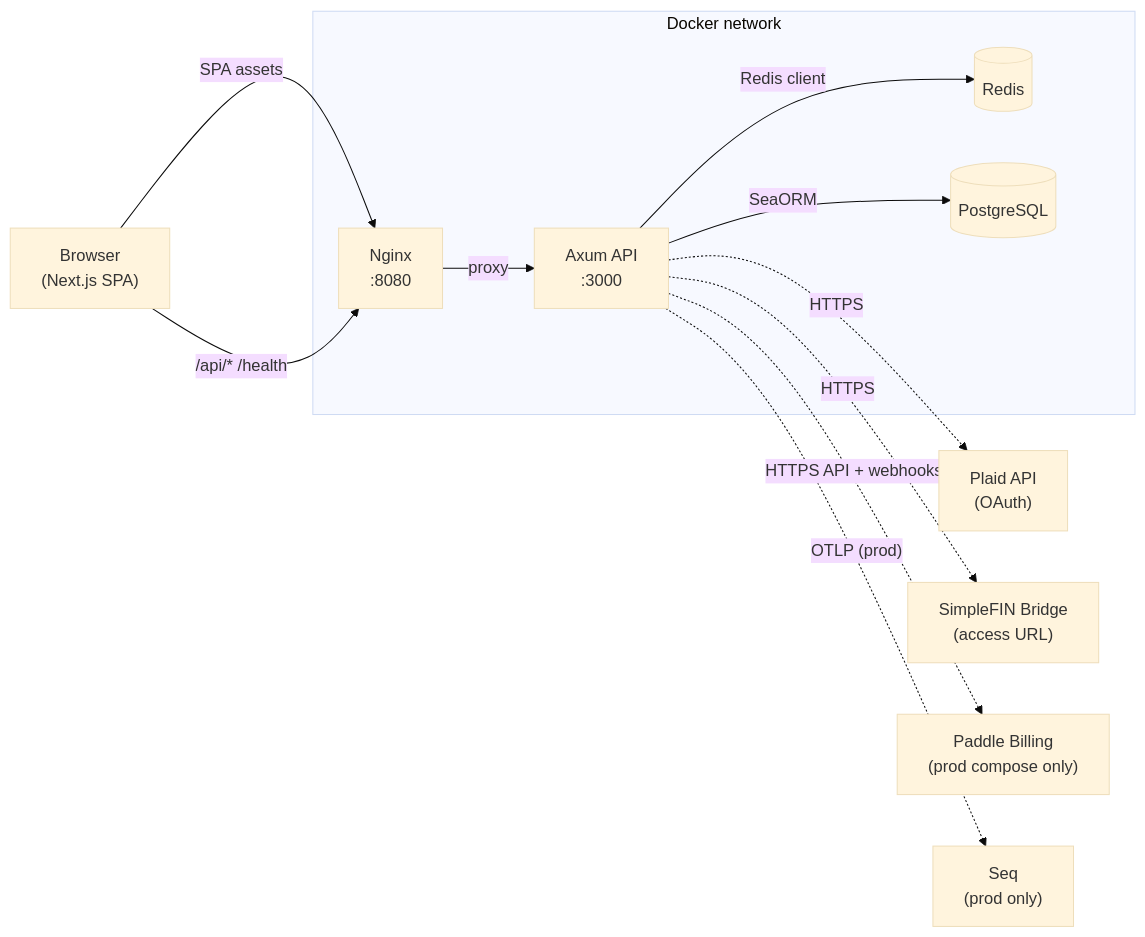
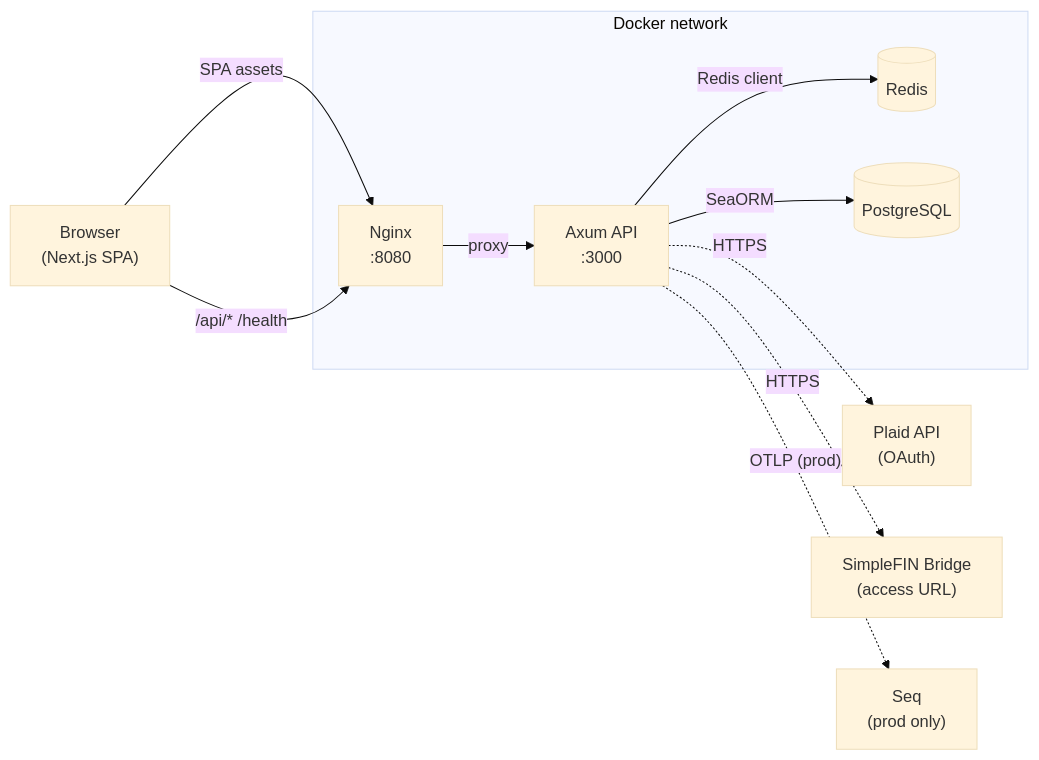
The first of 8 diagrams in docs/ARCHITECTURE.md (TwoBitFoundry/sumurai), drawn with Mermaid (base theme) before and after one commit. The commit also changed other lines of this file and 100 other files, not shown here.

Commit message:
feat: remove Paddle billing and entitlement gates (#191)

````diff
--- a/docs/ARCHITECTURE.md
+++ b/docs/ARCHITECTURE.md
@@ -11,26 +11,24 @@
 ```mermaid
 flowchart LR
     Browser["Browser\n(Next.js SPA)"]
 
     subgraph "Docker network"
         Nginx["Nginx\n:8080"]
         Backend["Axum API\n:3000"]
         Redis[("Redis")]
         Postgres[("PostgreSQL")]
     end
 
     Plaid["Plaid API\n(OAuth)"]
     SimpleFIN["SimpleFIN Bridge\n(access URL)"]
-    Paddle["Paddle Billing\n(prod compose only)"]
     Seq["Seq\n(prod only)"]
 
     Browser -->|"SPA assets"| Nginx
     Browser -->|"/api/*  /health"| Nginx
     Nginx -->|"proxy"| Backend
     Backend -->|"SeaORM"| Postgres
     Backend -->|"Redis client"| Redis
     Backend -.->|"OTLP (prod)"| Seq
     Backend -.->|"HTTPS"| Plaid
     Backend -.->|"HTTPS"| SimpleFIN
-    Backend -.->|"HTTPS API + webhooks"| Paddle
 ```
````
